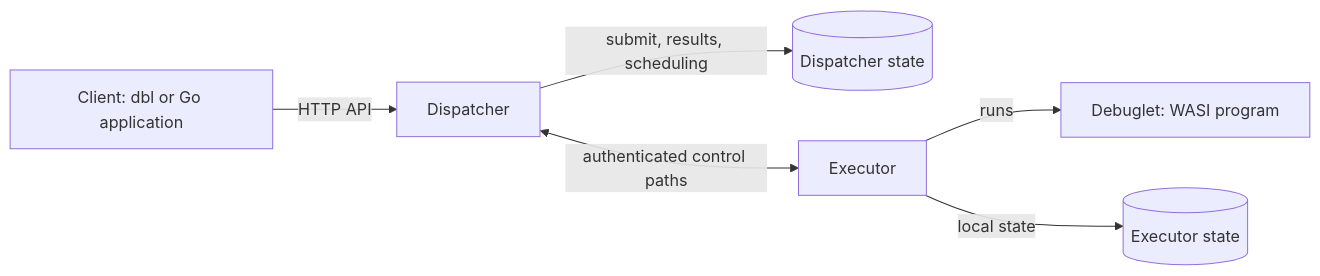
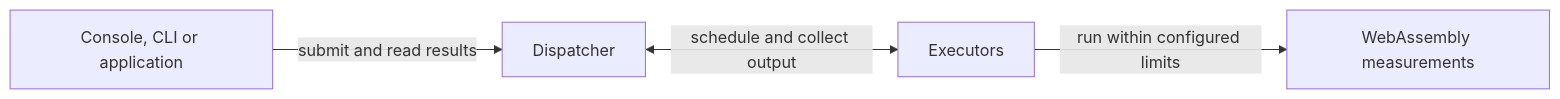
The diagram in README.md (netsec-ethz/debuglet), drawn with Mermaid before and after one commit. The commit also changed other lines of this file and 5 other files, not shown here.

````diff
--- a/README.md
+++ b/README.md
@@ -24,8 +38,6 @@
 ```mermaid
 flowchart LR
-    C[Client: dbl or Go application] -->|HTTP API| D[Dispatcher]
-    D -->|submit, results, scheduling| DB[(Dispatcher state)]
-    D <-->|authenticated control paths| E[Executor]
-    E -->|runs| W[Debuglet: WASI program]
-    E -->|local state| ES[(Executor state)]
+    C[Console, CLI or application] -->|submit and read results| D[Dispatcher]
+    D <-->|schedule and collect output| E[Executors]
+    E -->|run within configured limits| W[WebAssembly measurements]
 ```
````
